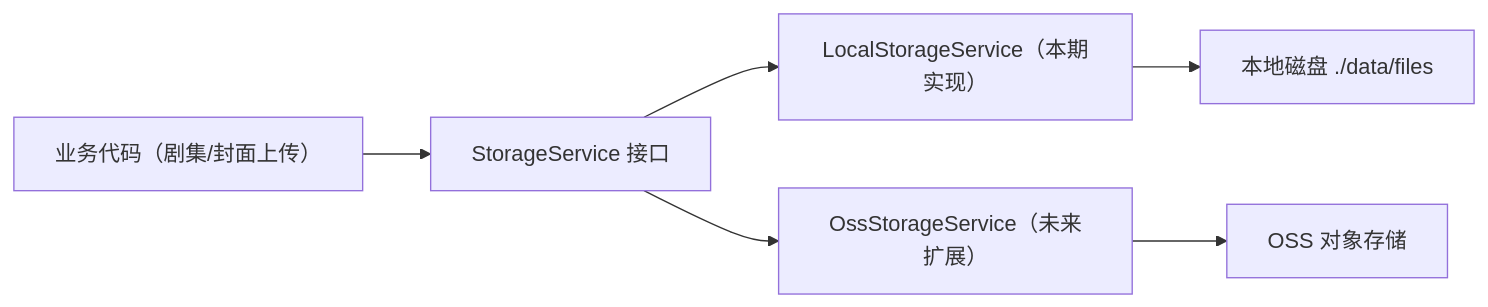
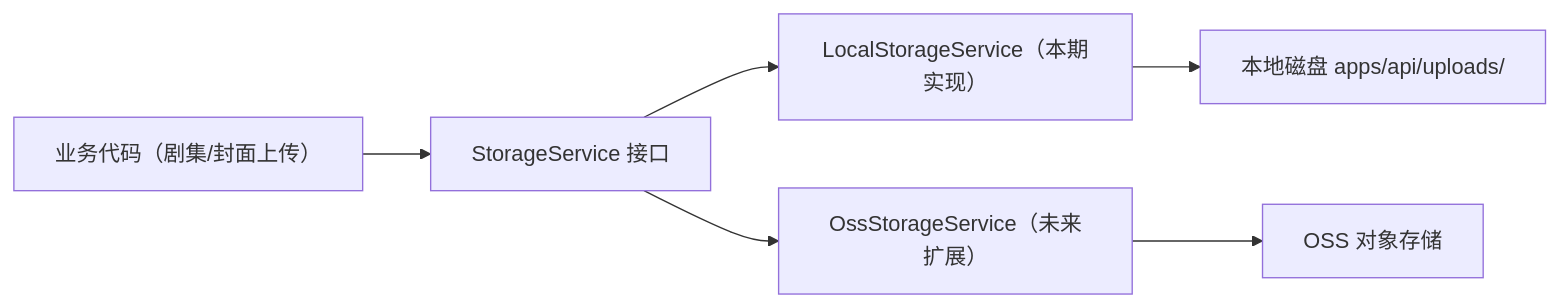
The fourth of 4 diagrams in docs/PRD.md (honlnk/short-drama-web), drawn with Mermaid before and after one commit. The commit also changed other lines of this file and 66 other files, not shown here.

````diff
--- a/docs/PRD.md
+++ b/docs/PRD.md
@@ -245,8 +249,8 @@
 ```mermaid
 flowchart LR
     Biz["业务代码（剧集/封面上传）"] --> IF["StorageService 接口"]
     IF --> Local["LocalStorageService（本期实现）"]
     IF --> Oss["OssStorageService（未来扩展）"]
-    Local --> Disk["本地磁盘 ./data/files"]
+    Local --> Disk["本地磁盘 apps/api/uploads/"]
     Oss --> Aliyun["OSS 对象存储"]
 ```
````
